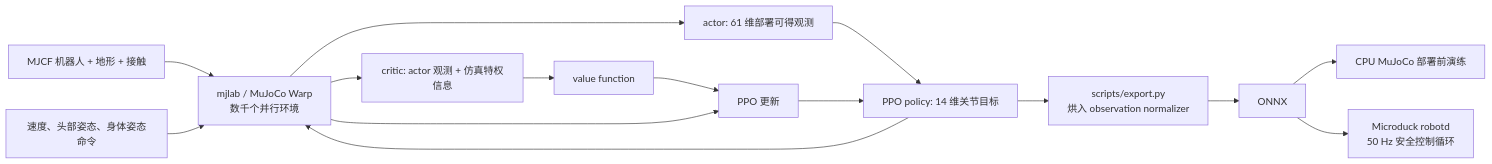
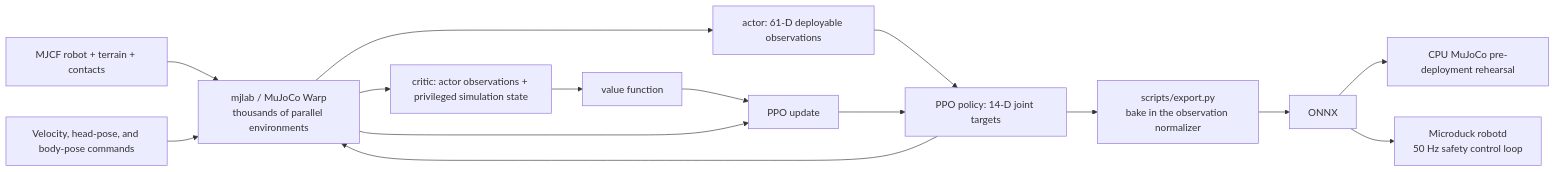
One commit to CloudEngineHub/every-embodied changed the diagram in en/05-deep-and-reinforcement-learning/05-open-duck-mini-and-microduck-biped-rl/README.md. Above: the diagram before and after it, drawn with Mermaid. The commit also changed other lines of this file, not shown here.

Commit message:
docs: 补全小鸭教程英文图示文本

````diff
--- a/en/05-deep-and-reinforcement-learning/05-open-duck-mini-and-microduck-biped-rl/README.md
+++ b/en/05-deep-and-reinforcement-learning/05-open-duck-mini-and-microduck-biped-rl/README.md
@@ -56,17 +56,17 @@
 ```mermaid
 flowchart LR
-  A["MJCF 机器人 + 地形 + 接触"] --> B["mjlab / MuJoCo Warp<br/>数千个并行环境"]
-  C["速度、头部姿态、身体姿态命令"] --> B
-  B --> D["actor: 61 维部署可得观测"]
-  B --> E["critic: actor 观测 + 仿真特权信息"]
-  D --> F["PPO policy: 14 维关节目标"]
+  A["MJCF robot + terrain + contacts"] --> B["mjlab / MuJoCo Warp<br/>thousands of parallel environments"]
+  C["Velocity, head-pose, and body-pose commands"] --> B
+  B --> D["actor: 61-D deployable observations"]
+  B --> E["critic: actor observations + privileged simulation state"]
+  D --> F["PPO policy: 14-D joint targets"]
   E --> G["value function"]
   F --> B
-  G --> H["PPO 更新"]
+  G --> H["PPO update"]
   B --> H
   H --> F
-  F --> I["scripts/export.py<br/>烘入 observation normalizer"]
+  F --> I["scripts/export.py<br/>bake in the observation normalizer"]
   I --> J["ONNX"]
-  J --> K["CPU MuJoCo 部署前演练"]
-  J --> L["Microduck robotd<br/>50 Hz 安全控制循环"]
+  J --> K["CPU MuJoCo pre-deployment rehearsal"]
+  J --> L["Microduck robotd<br/>50 Hz safety control loop"]
 ```
````
